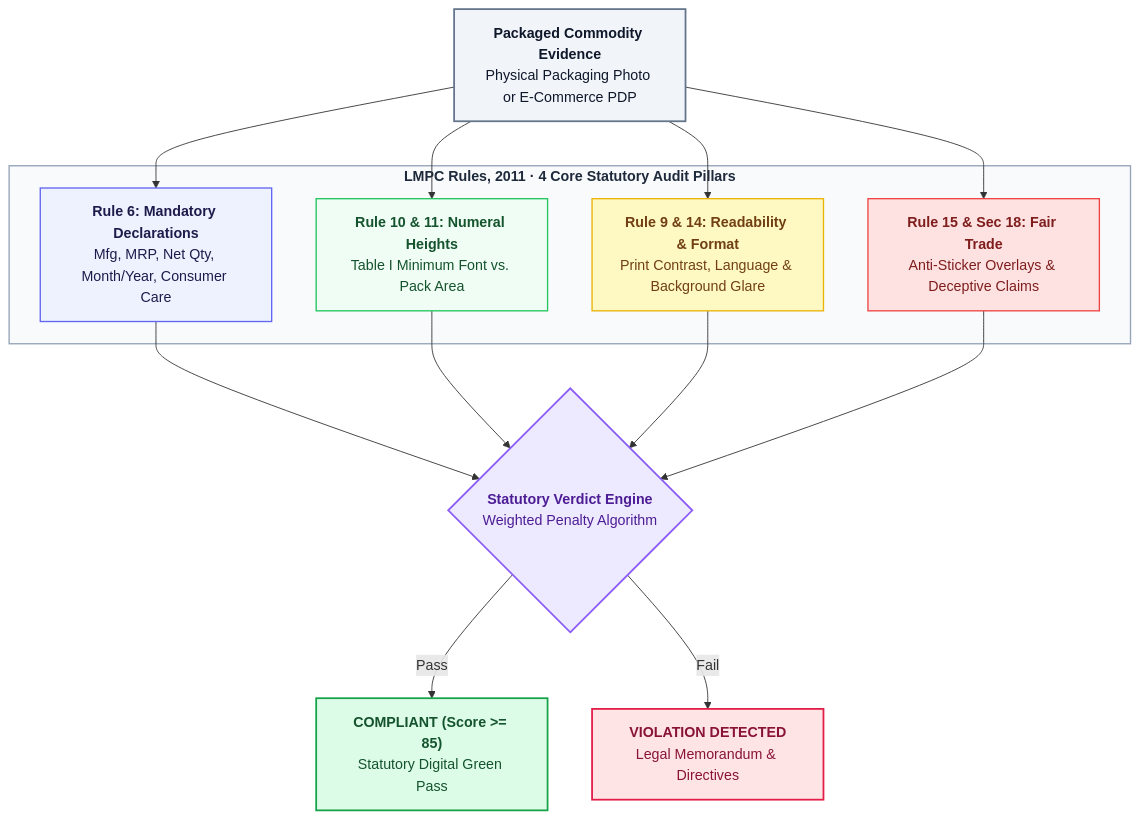
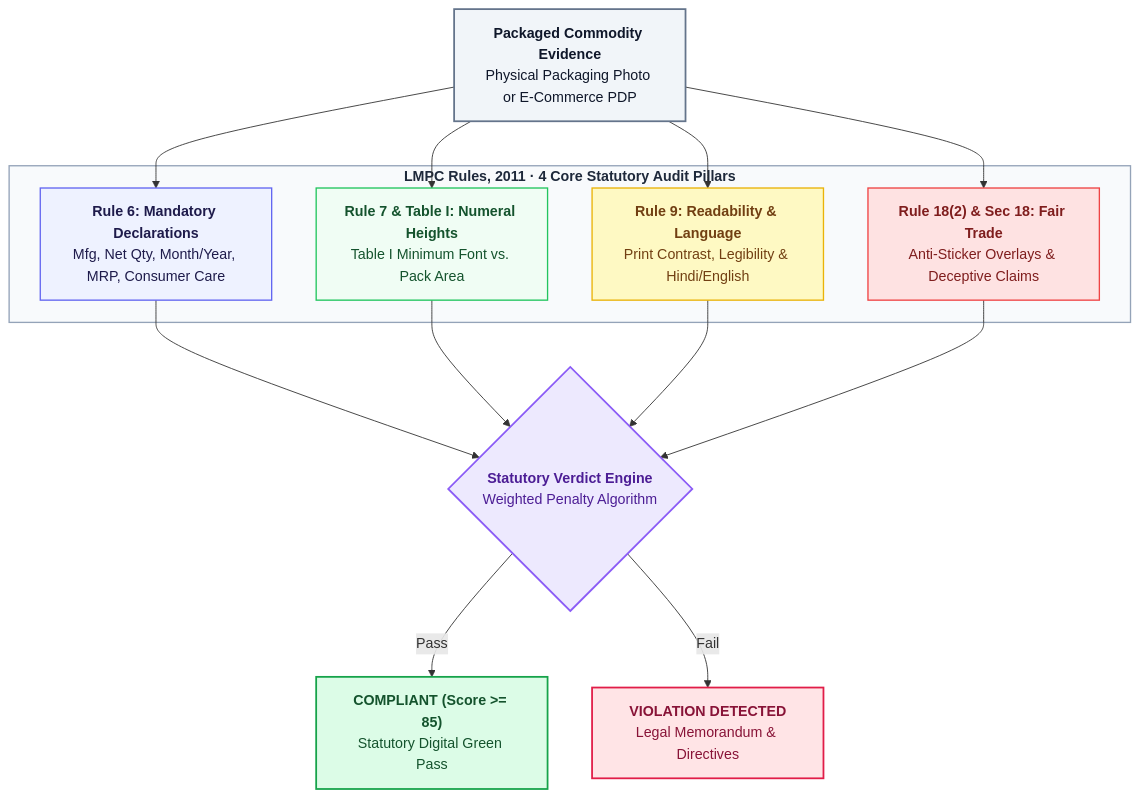
One commit to aryy8/consumer-lens changed the third of 6 diagrams in ARCHITECTURE.md. Above: the diagram before and after it, drawn with Mermaid. The commit also changed other lines of this file and 8 other files, not shown here.

Commit message:
fix(lmpc): correct statutory rule citations and swap between Rule 6(1)(c) Net Quantity and Rule 6(1)(e) MRP

````diff
--- a/ARCHITECTURE.md
+++ b/ARCHITECTURE.md
@@ -113,30 +113,30 @@
 ```mermaid
 graph TD
     Input["<b>Packaged Commodity Evidence</b><br/>Physical Packaging Photo or E-Commerce PDP"]
 
     subgraph Pillars ["<b>LMPC Rules, 2011 · 4 Core Statutory Audit Pillars</b>"]
-        P1["<b>Rule 6: Mandatory Declarations</b><br/>Mfg, MRP, Net Qty, Month/Year, Consumer Care"]
-        P2["<b>Rule 10 & 11: Numeral Heights</b><br/>Table I Minimum Font vs. Pack Area"]
-        P3["<b>Rule 9 & 14: Readability & Format</b><br/>Print Contrast, Language & Background Glare"]
-        P4["<b>Rule 15 & Sec 18: Fair Trade</b><br/>Anti-Sticker Overlays & Deceptive Claims"]
+        P1["<b>Rule 6: Mandatory Declarations</b><br/>Mfg, Net Qty, Month/Year, MRP, Consumer Care"]
+        P2["<b>Rule 7 & Table I: Numeral Heights</b><br/>Table I Minimum Font vs. Pack Area"]
+        P3["<b>Rule 9: Readability & Language</b><br/>Print Contrast, Legibility & Hindi/English"]
+        P4["<b>Rule 18(2) & Sec 18: Fair Trade</b><br/>Anti-Sticker Overlays & Deceptive Claims"]
     end
 
     Verdict{"<b>Statutory Verdict Engine</b><br/>Weighted Penalty Algorithm"}
     Pass["<b>COMPLIANT (Score >= 85)</b><br/>Statutory Digital Green Pass"]
     Fail["<b>VIOLATION DETECTED</b><br/>Legal Memorandum & Directives"]
 
     Input --> P1 & P2 & P3 & P4
     P1 & P2 & P3 & P4 --> Verdict
     Verdict -->|Pass| Pass
     Verdict -->|Fail| Fail
 
     style Input fill:#F1F5F9,stroke:#64748B,stroke-width:2px,color:#0F172A
     style Pillars fill:#F8FAFC,stroke:#94A3B8,stroke-width:1.5px,color:#1E293B
     style P1 fill:#EEF2FF,stroke:#6366F1,stroke-width:1.5px,color:#1E1B4B
     style P2 fill:#F0FDF4,stroke:#22C55E,stroke-width:1.5px,color:#14532D
     style P3 fill:#FEF9C3,stroke:#EAB308,stroke-width:1.5px,color:#713F12
     style P4 fill:#FEE2E2,stroke:#EF4444,stroke-width:1.5px,color:#7F1D1D
     style Verdict fill:#EDE9FE,stroke:#8B5CF6,stroke-width:2px,color:#4C1D95
     style Pass fill:#DCFCE7,stroke:#16A34A,stroke-width:2px,color:#14532D
     style Fail fill:#FFE4E6,stroke:#E11D48,stroke-width:2px,color:#881337
 ```
````
